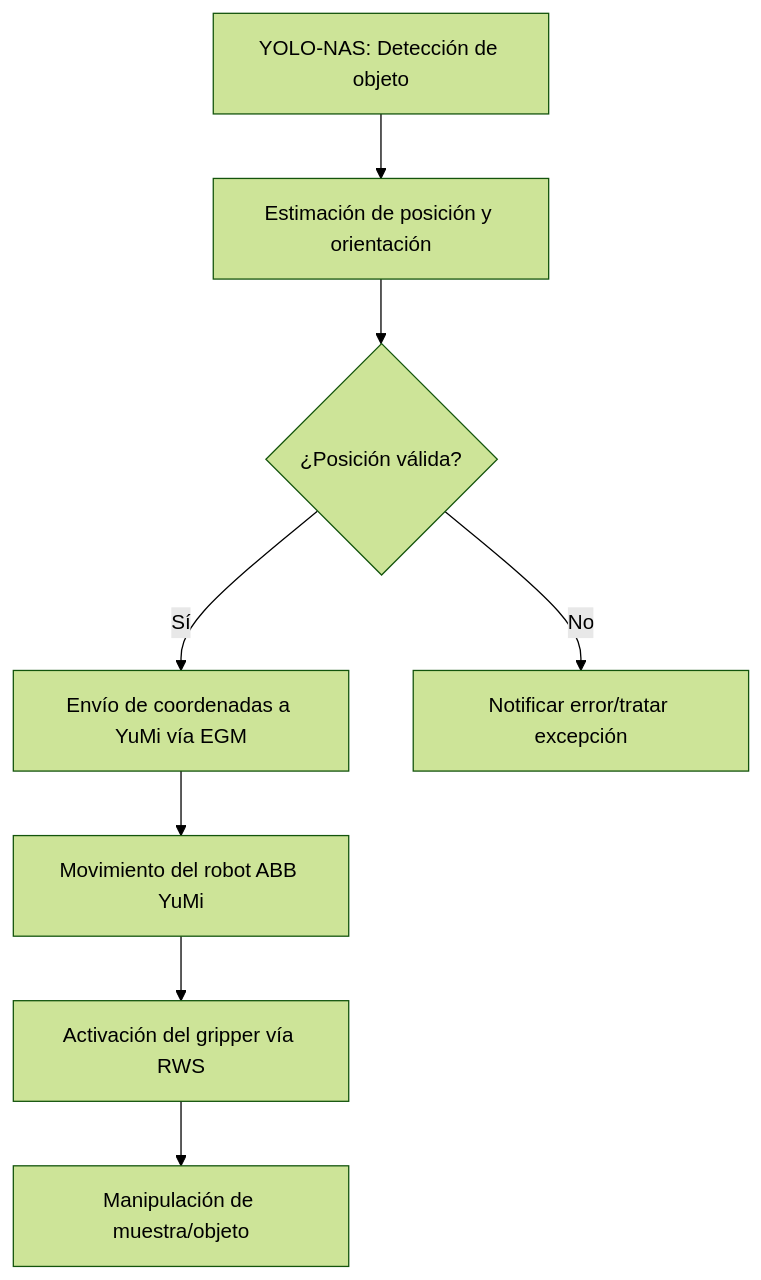
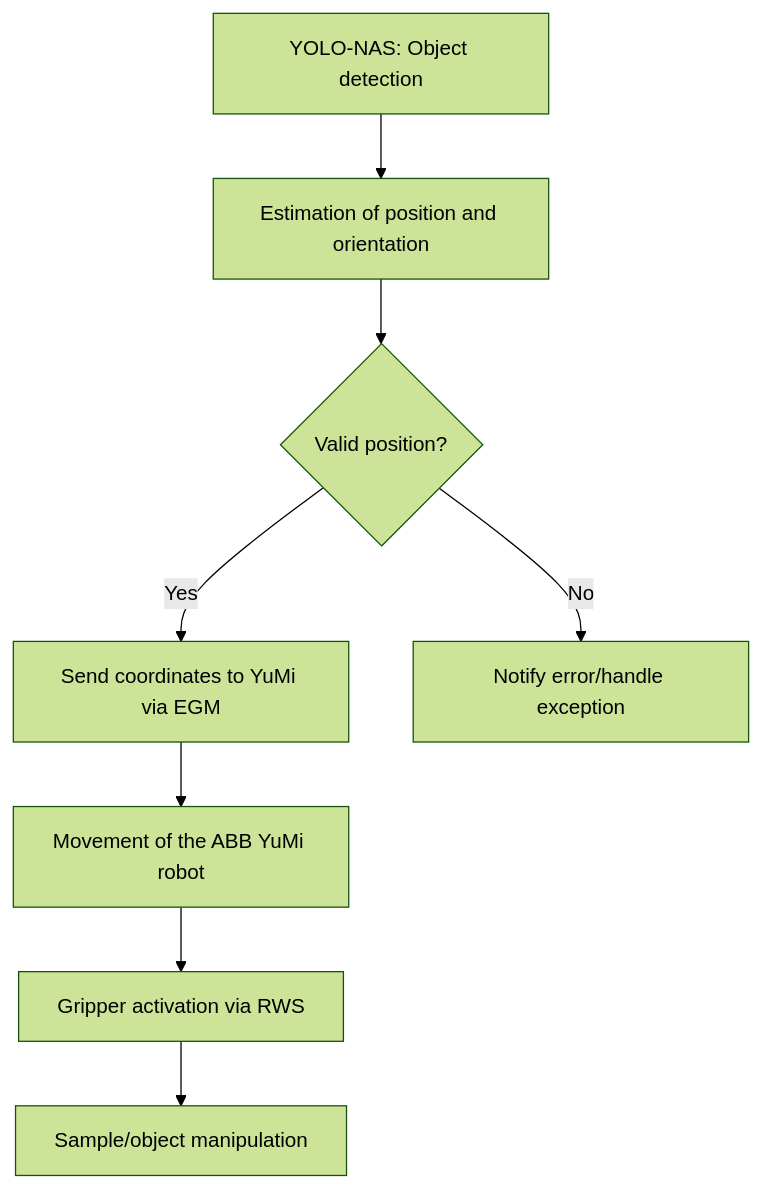
Before and after one commit to Cerino-rigo/Ciencia-de-datos: the diagram in README.md, drawn with Mermaid (forest theme).

````diff
--- a/README.md
+++ b/README.md
@@ -4,10 +4,10 @@
 ```mermaid
 flowchart TD
-    A[YOLO-NAS: Detección de objeto] --> B[Estimación de posición y orientación]
-    B --> C{¿Posición válida?}
-    C -- Sí --> D[Envío de coordenadas a YuMi vía EGM]
-    D --> E[Movimiento del robot ABB YuMi]
-    E --> F[Activación del gripper vía RWS]
-    F --> G[Manipulación de muestra/objeto]
-    C -- No --> H[Notificar error/tratar excepción]
+    A[YOLO-NAS: Object detection] --> B[Estimation of position and orientation]
+    B --> C{Valid position?}
+    C -- Yes --> D[Send coordinates to YuMi via EGM]
+    D --> E[Movement of the ABB YuMi robot]
+    E --> F[Gripper activation via RWS]
+    F --> G[Sample/object manipulation]
+    C -- No --> H[Notify error/handle exception]
 ```
````
